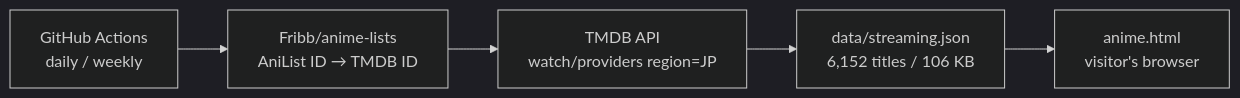
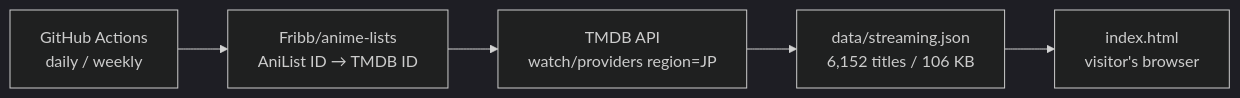
One commit to Naatlant/courdeck changed the diagram in README.md. Above: the diagram before and after it, drawn with Mermaid (dark theme). The commit also changed other lines of this file and 3 other files, not shown here.

````diff
--- a/README.md
+++ b/README.md
@@ -57,7 +56,7 @@
 ```mermaid
 flowchart LR
     A[GitHub Actions<br/>daily / weekly] --> B[Fribb/anime-lists<br/>AniList ID → TMDB ID]
     B --> C[TMDB API<br/>watch/providers region=JP]
     C --> D[data/streaming.json<br/>6,152 titles / 106 KB]
-    D --> E[anime.html<br/>visitor's browser]
+    D --> E[index.html<br/>visitor's browser]
 ```
````
